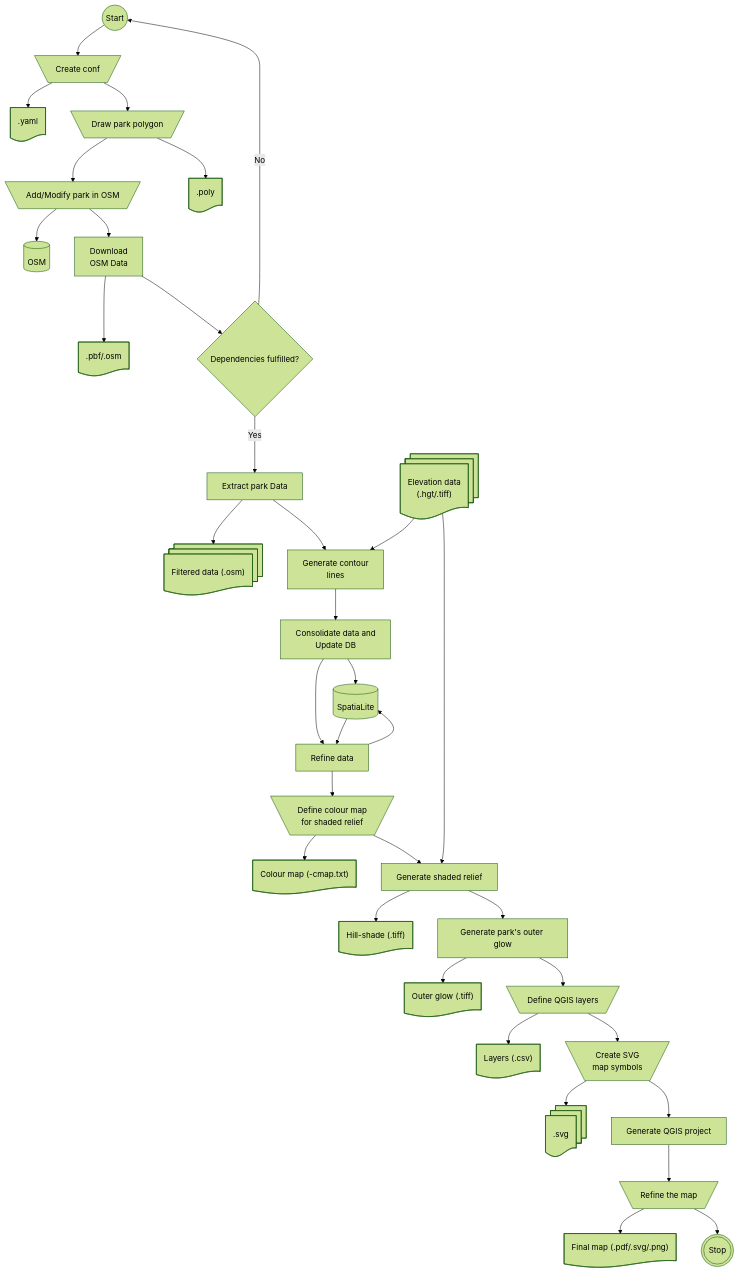
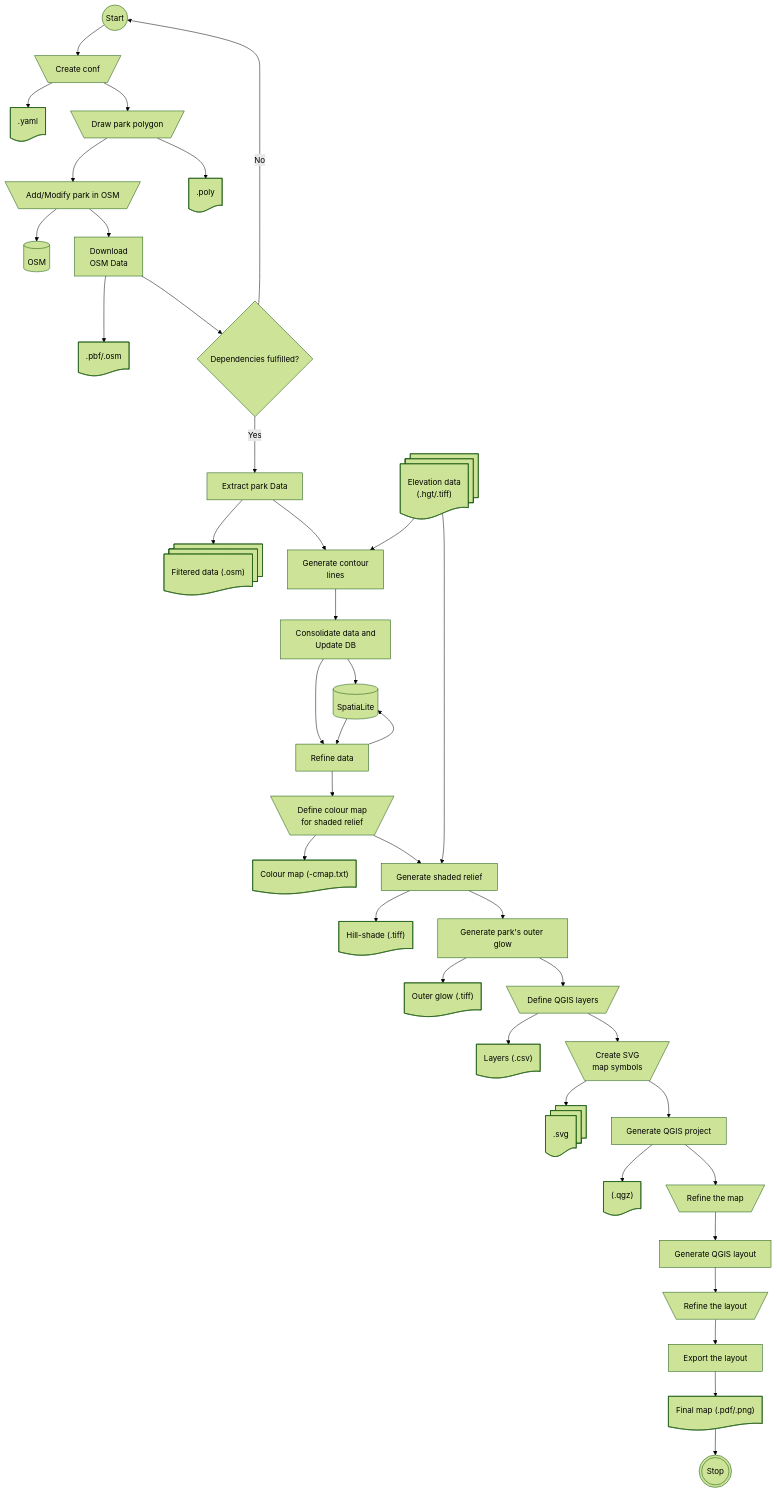
The diagram in README.md (supunj/sl-np-mapping), drawn with Mermaid before and after one commit. The commit also changed other lines of this file and 5 other files, not shown here.

````diff
--- a/README.md
+++ b/README.md
@@ -47,69 +54,77 @@
 ```mermaid
     %%{init: {'theme':'forest'}}%%
         flowchart TD
             start@{ shape: circle, label: "Start" }
             create_conf@{ shape: trap-t, label: "Create conf" }
             conf_yaml@{ shape: doc, label: ".yaml" }
             osm_mapping@{ shape: trap-t, label: "Add/Modify park in OSM" }
             park_poly_create@{ shape: trap-t, label: "Draw park polygon" }
             park_poly@{ shape: doc, label: ".poly" }
             osm_db@{ shape: cyl, label: "OSM" }
             osm_download@{ shape: rect, label: "Download \n OSM Data" }
             osm_data@{ shape: doc, label: ".pbf/.osm" }
             extract_park_data@{ shape: rect, label: "Extract park Data" }
             filtered_osm_data@{ shape: docs, label: "Filtered data (.osm)" }
             elevation_data@{ shape: docs, label: "Elevation data \n (.hgt/.tiff)" }
             gen_contour_lines@{ shape: rect, label: "Generate contour \n lines" }
             update_db@{ shape: rect, label: "Consolidate data and \n Update DB" }
             spatialite@{ shape: cyl, label: "SpatiaLite" }
             refine_data@{ shape: rect, label: "Refine data" }
             define_cmap_for_hill_shade@{ shape: trap-t, label: "Define colour map \n for shaded relief" }
             cmap_for_hill_shade@{ shape: doc, label: "Colour map (-cmap.txt)" }
             generate_shaded_relief@{ shape: rect, label: "Generate shaded relief" }
             hill_shade_raster@{ shape: doc, label: "Hill-shade (.tiff)" }
             generate_park_outer_glow@{ shape: rect, label: "Generate park's outer glow" }
             outer_glow_raster@{ shape: doc, label: "Outer glow (.tiff)" }
             define_qgis_layers@{ shape: trap-t, label: "Define QGIS layers" }
             qgis_layer_definitions@{ shape: doc, label: "Layers (.csv)" }
             create_map_symbols@{ shape: trap-t, label: "Create SVG \n map symbols" }
             map_symbols@{ shape: docs, label: ".svg" }
             generate_qgis_project@{ shape: rect, label: "Generate QGIS project" }
+            qgis_project@{ shape: doc, label: "(.qgz)" }
             refine_qgis_project@{ shape: trap-t, label: "Refine the map" }
-            final_map@{ shape: doc, label: "Final map (.pdf/.svg/.png)" }
+            generate_qgis_layout@{ shape: rect, label: "Generate QGIS layout" }
+            refine_qgis_layout@{ shape: trap-t, label: "Refine the layout" }
+            export_layout@{ shape: rect, label: "Export the layout" }
+            final_map@{ shape: doc, label: "Final map (.pdf/.png)" }
             stop@{ shape: dbl-circ, label: "Stop" }
             
             start --> create_conf
             create_conf --> conf_yaml
             create_conf --> park_poly_create
             park_poly_create --> park_poly
             park_poly_create --> osm_mapping            
             osm_mapping --> osm_db
             osm_mapping --> osm_download
             osm_download --> osm_data
             osm_download --> dependencies{Dependencies fulfilled?}
             dependencies --> |Yes| extract_park_data
             dependencies --> |No| start
             extract_park_data --> filtered_osm_data
             extract_park_data --> gen_contour_lines
             gen_contour_lines --> update_db
             elevation_data --> gen_contour_lines
             update_db --> spatialite
             update_db --> refine_data
             spatialite --> refine_data
             refine_data --> spatialite
             refine_data --> define_cmap_for_hill_shade
             define_cmap_for_hill_shade --> cmap_for_hill_shade
             define_cmap_for_hill_shade --> generate_shaded_relief
             elevation_data --> generate_shaded_relief
             generate_shaded_relief --> hill_shade_raster
             generate_shaded_relief --> generate_park_outer_glow
             generate_park_outer_glow --> outer_glow_raster
             generate_park_outer_glow --> define_qgis_layers
             define_qgis_layers --> qgis_layer_definitions            
             define_qgis_layers --> create_map_symbols
             create_map_symbols --> map_symbols
-            create_map_symbols --> generate_qgis_project            
+            create_map_symbols --> generate_qgis_project
+            generate_qgis_project --> qgis_project
             generate_qgis_project --> refine_qgis_project
-            refine_qgis_project --> final_map
-            refine_qgis_project --> stop
+            refine_qgis_project --> generate_qgis_layout
+            generate_qgis_layout --> refine_qgis_layout
+            refine_qgis_layout --> export_layout
+            export_layout --> final_map
+            final_map --> stop
    ```
````
